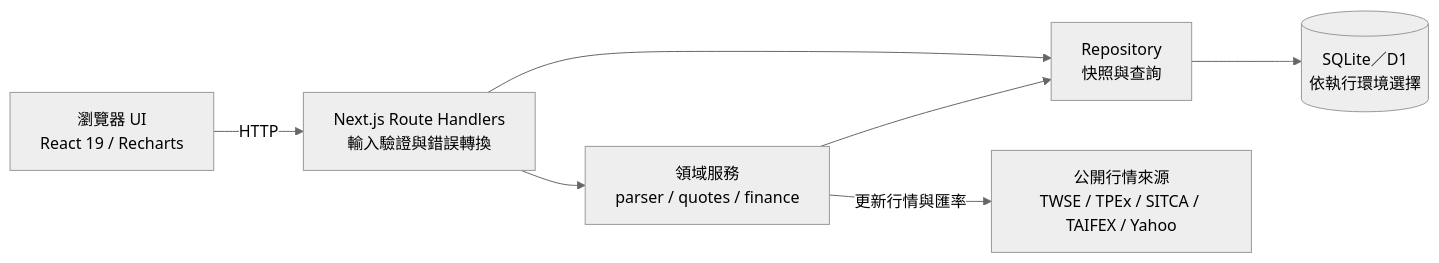
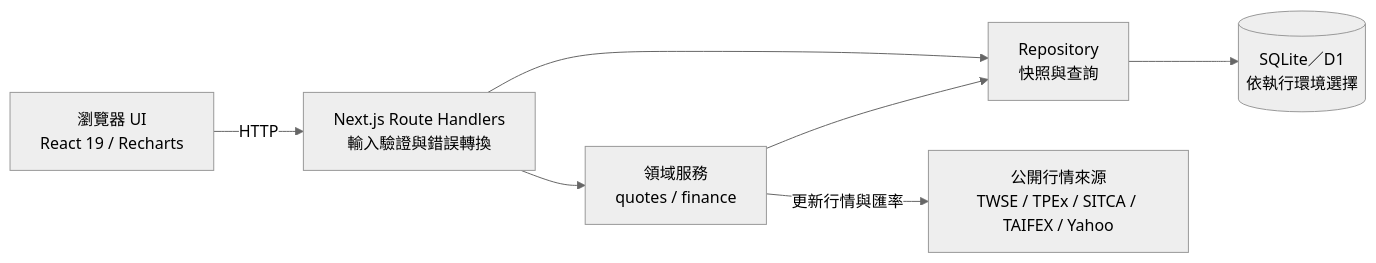
One commit to 1999Leon0618/FinanceReview changed the first of 3 diagrams in README.md. Above: the diagram before and after it, drawn with Mermaid (neutral theme). The commit also changed other lines of this file, not shown here.

````diff
--- a/README.md
+++ b/README.md
@@ -83,16 +82,16 @@
 ```mermaid
 flowchart LR
     UI[瀏覽器 UI<br/>React 19 / Recharts]
     API[Next.js Route Handlers<br/>輸入驗證與錯誤轉換]
-    DOMAIN[領域服務<br/>parser / quotes / finance]
+    DOMAIN[領域服務<br/>quotes / finance]
     REPO[Repository<br/>快照與查詢]
     DB[(SQLite／D1<br/>依執行環境選擇)]
     MARKET[公開行情來源<br/>TWSE / TPEx / SITCA / TAIFEX / Yahoo]
 
     UI -->|HTTP| API
     API --> DOMAIN
     API --> REPO
     DOMAIN --> REPO
     REPO --> DB
     DOMAIN -->|更新行情與匯率| MARKET
 ```
````
